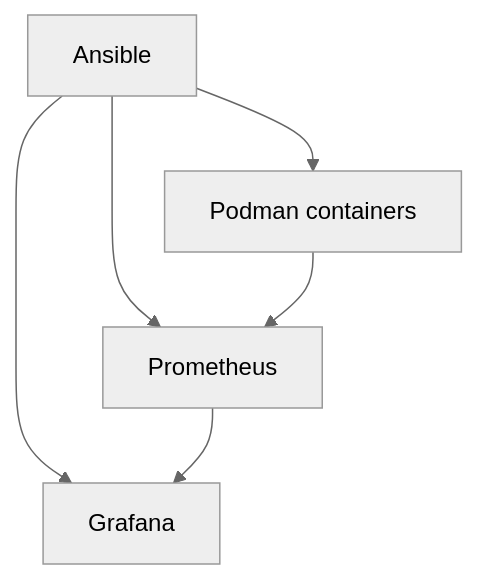
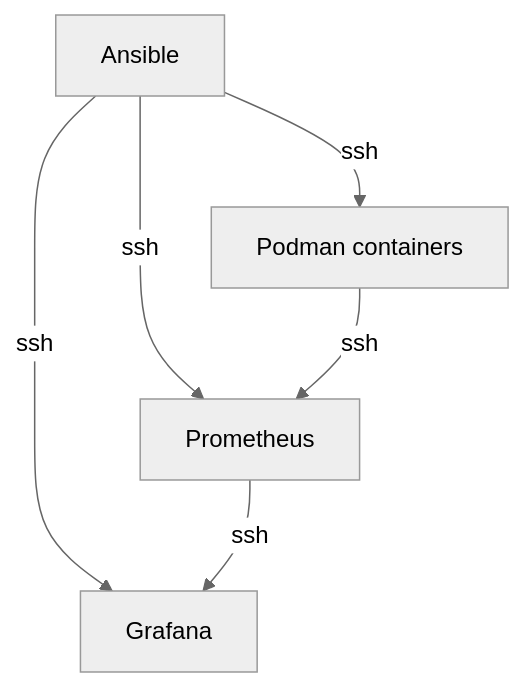
The diagram in Extra/service_architechture.md (Filipanderssondev/Container_Stack_Deployment_With_Ansible), drawn with Mermaid (neutral theme) before and after one commit.

Commit message:
Update service architecture diagram with SSH connections

````diff
--- a/Extra/service_architechture.md
+++ b/Extra/service_architechture.md
@@ -1,6 +1,6 @@
 ```mermaid
 flowchart TB
-    A["Ansible"] --> B["Podman containers"] & C["Prometheus"] & D
-    B --> C
-    C --> D["Grafana"]
+    A["Ansible"] --> |ssh|B["Podman containers"] & C["Prometheus"] & D
+    B --> |ssh|C
+    C --> |ssh| D["Grafana"]
 ```
````
